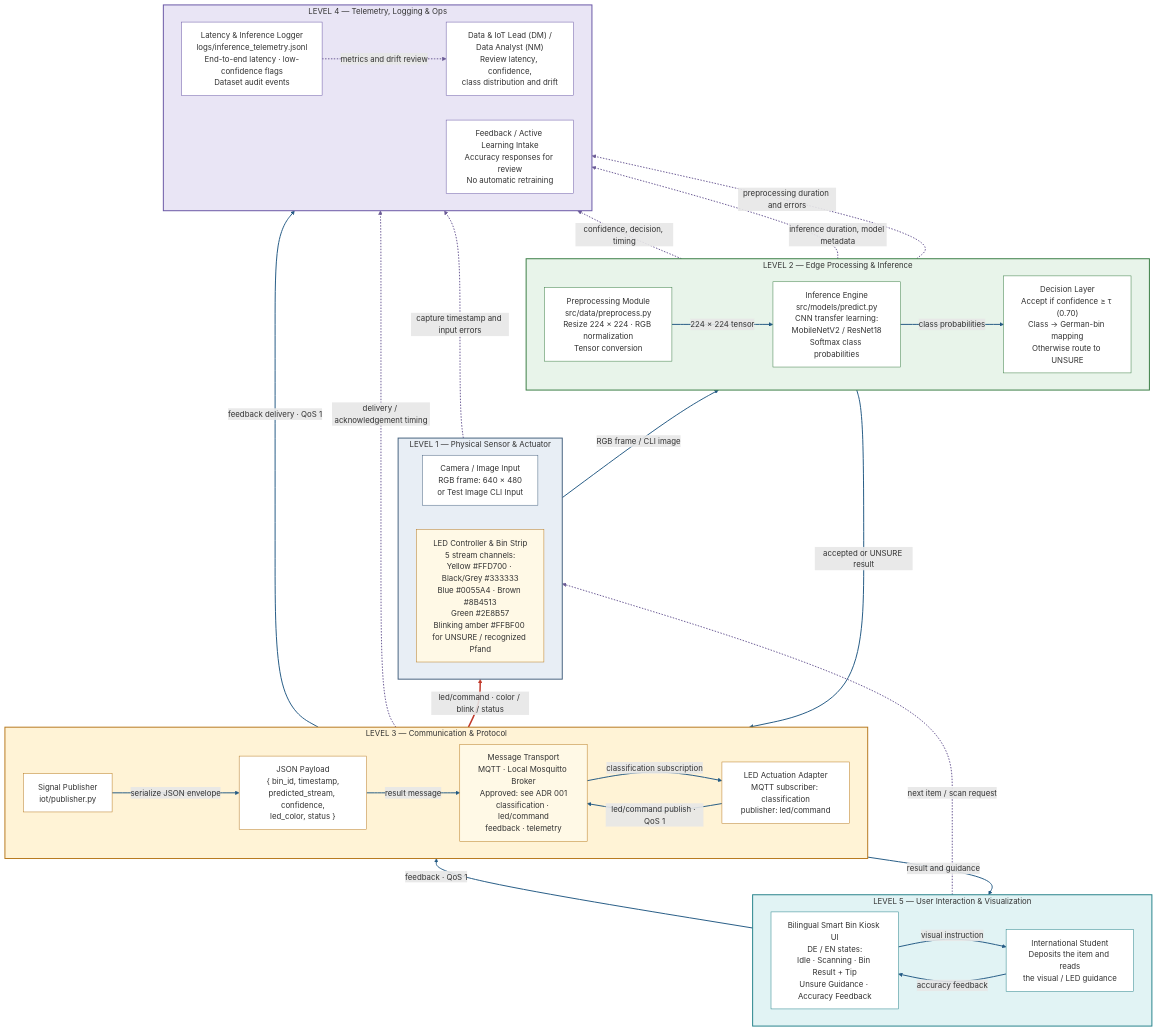
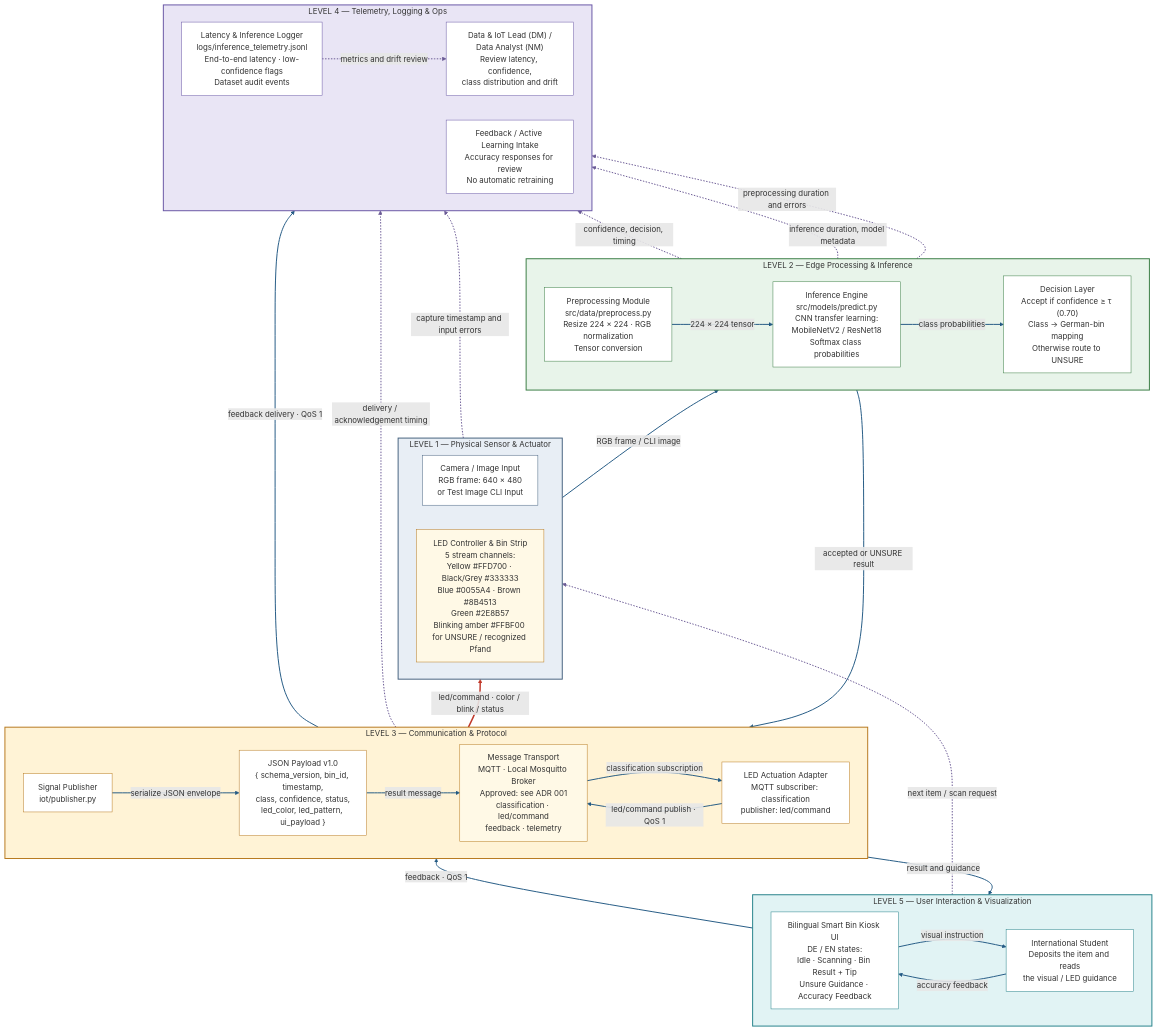
One commit to dany040518/TrashNet-Germany changed the diagram in docs/system_architecture.md. Above: the diagram before and after it, drawn with Mermaid. The commit also changed other lines of this file and 4 other files, not shown here.

````diff
--- a/docs/system_architecture.md
+++ b/docs/system_architecture.md
@@ -32,81 +32,81 @@
 ```mermaid
 flowchart BT
     subgraph L1["LEVEL 1 — Physical Sensor & Actuator"]
         direction LR
         CAM["Camera / Image Input<br/>RGB frame: 640 × 480<br/>or Test Image CLI Input"]
         LED["LED Controller & Bin Strip<br/>5 stream channels:<br/>Yellow #FFD700 · Black/Grey #333333<br/>Blue #0055A4 · Brown #8B4513<br/>Green #2E8B57<br/>Blinking amber #FFBF00 for UNSURE / recognized Pfand"]
     end
 
     subgraph L2["LEVEL 2 — Edge Processing & Inference"]
         direction LR
         PRE["Preprocessing Module<br/>src/data/preprocess.py<br/>Resize 224 × 224 · RGB normalization<br/>Tensor conversion"]
         INF["Inference Engine<br/>src/models/predict.py<br/>CNN transfer learning:<br/>MobileNetV2 / ResNet18<br/>Softmax class probabilities"]
         DEC["Decision Layer<br/>Accept if confidence ≥ τ (0.70)<br/>Class → German-bin mapping<br/>Otherwise route to UNSURE"]
     end
 
     subgraph L3["LEVEL 3 — Communication & Protocol"]
         direction LR
         PUB["Signal Publisher<br/>iot/publisher.py"]
-        PAYLOAD["JSON Payload<br/>{ bin_id, timestamp,<br/>predicted_stream, confidence,<br/>led_color, status }"]
+        PAYLOAD["JSON Payload v1.0<br/>{ schema_version, bin_id, timestamp,<br/>class, confidence, status,<br/>led_color, led_pattern, ui_payload }"]
         TRANSPORT["Message Transport<br/>MQTT · Local Mosquitto Broker<br/>Approved: see ADR 001<br/>classification · led/command<br/>feedback · telemetry"]
         LED_ADAPTER["LED Actuation Adapter<br/>MQTT subscriber: classification<br/>publisher: led/command"]
     end
 
     subgraph L4["LEVEL 4 — Telemetry, Logging & Ops"]
         direction LR
         LOGGER["Latency & Inference Logger<br/>logs/inference_telemetry.jsonl<br/>End-to-end latency · low-confidence flags<br/>Dataset audit events"]
         AL["Feedback / Active Learning Intake<br/>Accuracy responses for review<br/>No automatic retraining"]
         OPS["Data & IoT Lead (DM) /<br/>Data Analyst (NM)<br/>Review latency, confidence,<br/>class distribution and drift"]
     end
 
     subgraph L5["LEVEL 5 — User Interaction & Visualization"]
         direction LR
         KIOSK["Bilingual Smart Bin Kiosk UI<br/>DE / EN states:<br/>Idle · Scanning · Bin Result + Tip<br/>Unsure Guidance · Accuracy Feedback"]
         USER["International Student<br/>Deposits the item and reads<br/>the visual / LED guidance"]
     end
 
     CAM -->|"RGB frame / CLI image"| PRE
     PRE -->|"224 × 224 tensor"| INF
     INF -->|"class probabilities"| DEC
     DEC -->|"accepted or UNSURE result"| PUB
     PUB -->|"serialize JSON envelope"| PAYLOAD
     PAYLOAD -->|"result message"| TRANSPORT
     TRANSPORT -->|"classification subscription"| LED_ADAPTER
     LED_ADAPTER -->|"led/command publish · QoS 1"| TRANSPORT
     TRANSPORT ==>|"led/command · color / blink / status"| LED
     TRANSPORT -->|"result and guidance"| KIOSK
     KIOSK -->|"visual instruction"| USER
     USER -->|"accuracy feedback"| KIOSK
     KIOSK -->|"feedback · QoS 1"| TRANSPORT
     TRANSPORT -->|"feedback delivery · QoS 1"| AL
     DEC -.->|"confidence, decision, timing"| LOGGER
     INF -.->|"inference duration, model metadata"| LOGGER
     TRANSPORT -.->|"delivery / acknowledgement timing"| LOGGER
     CAM -.->|"capture timestamp and input errors"| LOGGER
     PRE -.->|"preprocessing duration and errors"| LOGGER
     LOGGER -.->|"metrics and drift review"| OPS
     USER -.->|"next item / scan request"| CAM
 
     style L1 fill:#E8EEF5,stroke:#46627F,stroke-width:2px
     style L2 fill:#E8F4EA,stroke:#3A7D44,stroke-width:2px
     style L3 fill:#FFF3D6,stroke:#B7791F,stroke-width:2px
     style L4 fill:#E9E5F5,stroke:#6957A5,stroke-width:2px
     style L5 fill:#E1F3F4,stroke:#25828A,stroke-width:2px
     style CAM fill:#FFFFFF,stroke:#46627F
     style LED fill:#FFF9E6,stroke:#B7791F
     style PRE fill:#FFFFFF,stroke:#3A7D44
     style INF fill:#FFFFFF,stroke:#3A7D44
     style DEC fill:#FFFFFF,stroke:#3A7D44
     style PUB fill:#FFFFFF,stroke:#B7791F
     style PAYLOAD fill:#FFFFFF,stroke:#B7791F
     style TRANSPORT fill:#FFF9E6,stroke:#B7791F
     style LED_ADAPTER fill:#FFFFFF,stroke:#B7791F
     style LOGGER fill:#FFFFFF,stroke:#6957A5
     style AL fill:#FFFFFF,stroke:#6957A5
     style OPS fill:#FFFFFF,stroke:#6957A5
     style KIOSK fill:#FFFFFF,stroke:#25828A
     style USER fill:#FFFFFF,stroke:#25828A
     linkStyle 0,1,2,3,4,5,6,7,9,10,11,12,13 stroke:#245B85,stroke-width:2px
     linkStyle 8 stroke:#C0392B,stroke-width:3px
     linkStyle 14,15,16,17,18,19,20 stroke:#6B5B95,stroke-width:2px,stroke-dasharray:3 3
 ```
````
